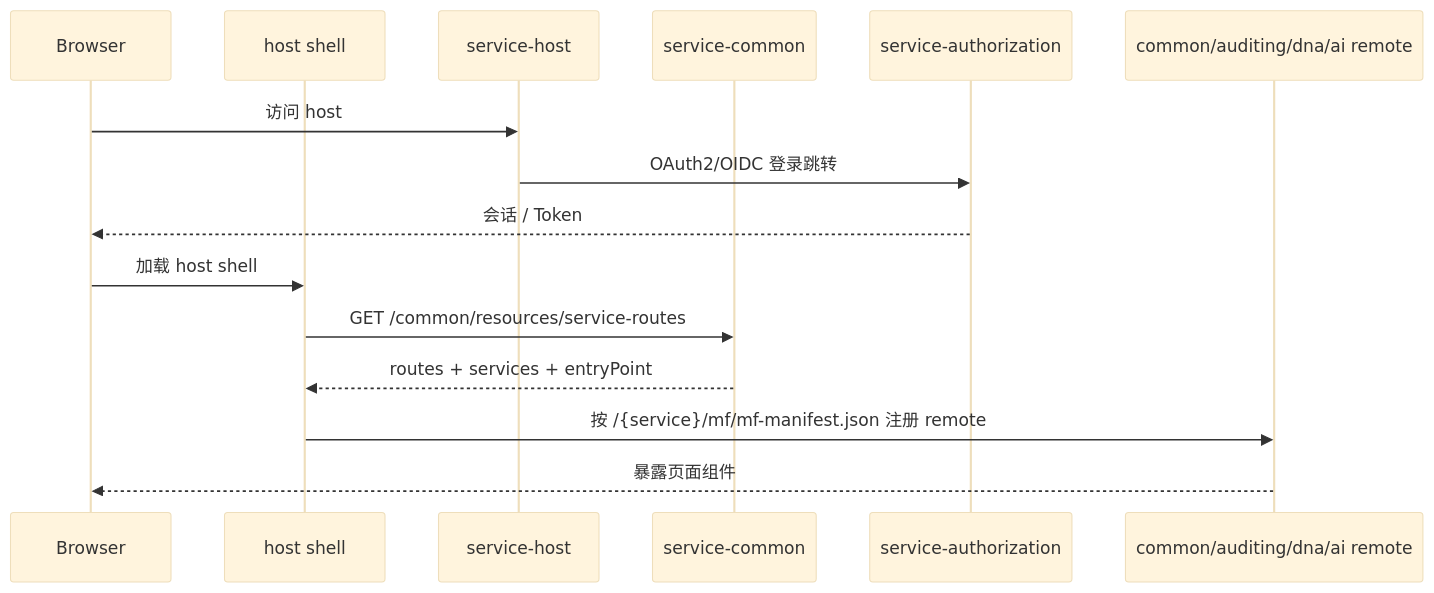
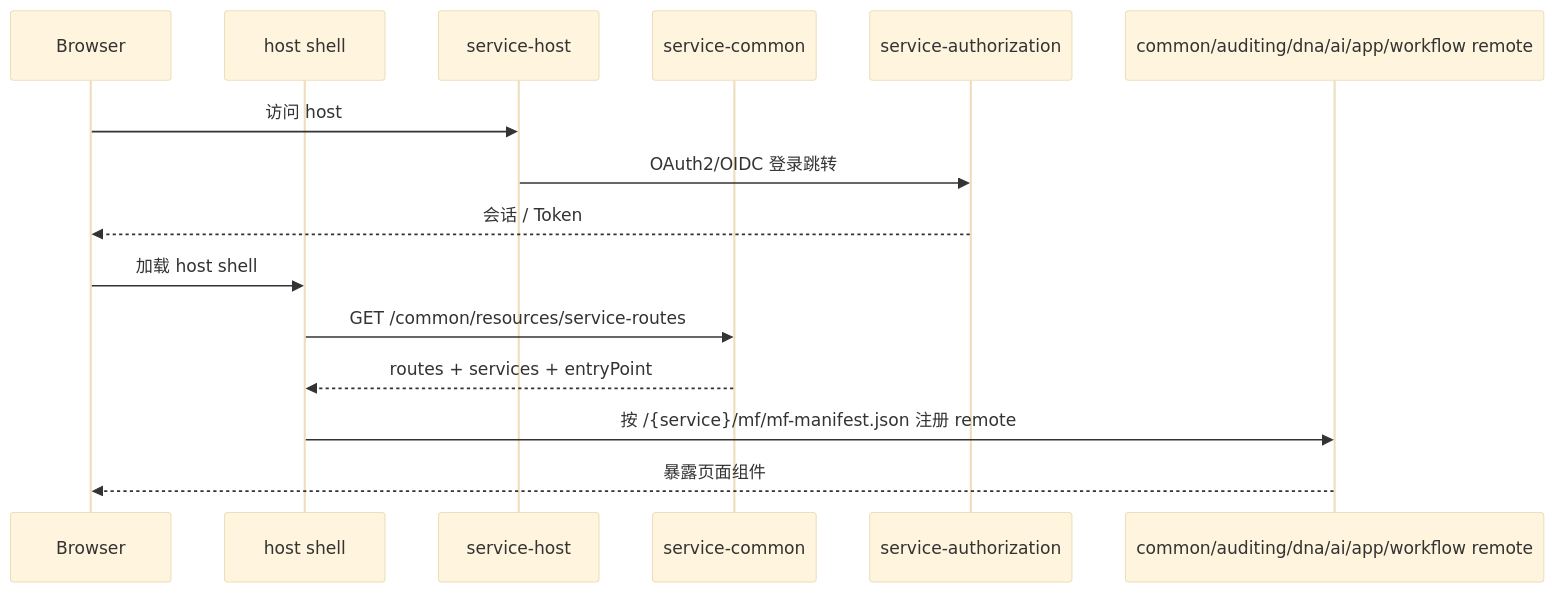
Before and after one commit to simplepoint1024/open-simplepoint-dashboard: the diagram in doc/architecture/service_topology.md, drawn with Mermaid (base theme). The commit also changed other lines of this file and 1071 other files, not shown here.

````diff
--- a/doc/architecture/service_topology.md
+++ b/doc/architecture/service_topology.md
@@ -45,18 +49,18 @@
 ```mermaid
 sequenceDiagram
   participant Browser as Browser
   participant HostUI as host shell
   participant HostSvc as service-host
   participant Common as service-common
   participant Auth as service-authorization
-  participant Remote as common/auditing/dna/ai remote
+  participant Remote as common/auditing/dna/ai/app/workflow remote
 
   Browser->>HostSvc: 访问 host
   HostSvc->>Auth: OAuth2/OIDC 登录跳转
   Auth-->>Browser: 会话 / Token
   Browser->>HostUI: 加载 host shell
   HostUI->>Common: GET /common/resources/service-routes
   Common-->>HostUI: routes + services + entryPoint
   HostUI->>Remote: 按 /{service}/mf/mf-manifest.json 注册 remote
   Remote-->>Browser: 暴露页面组件
 ```
````
